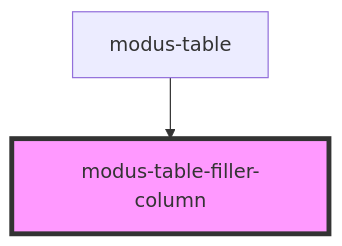
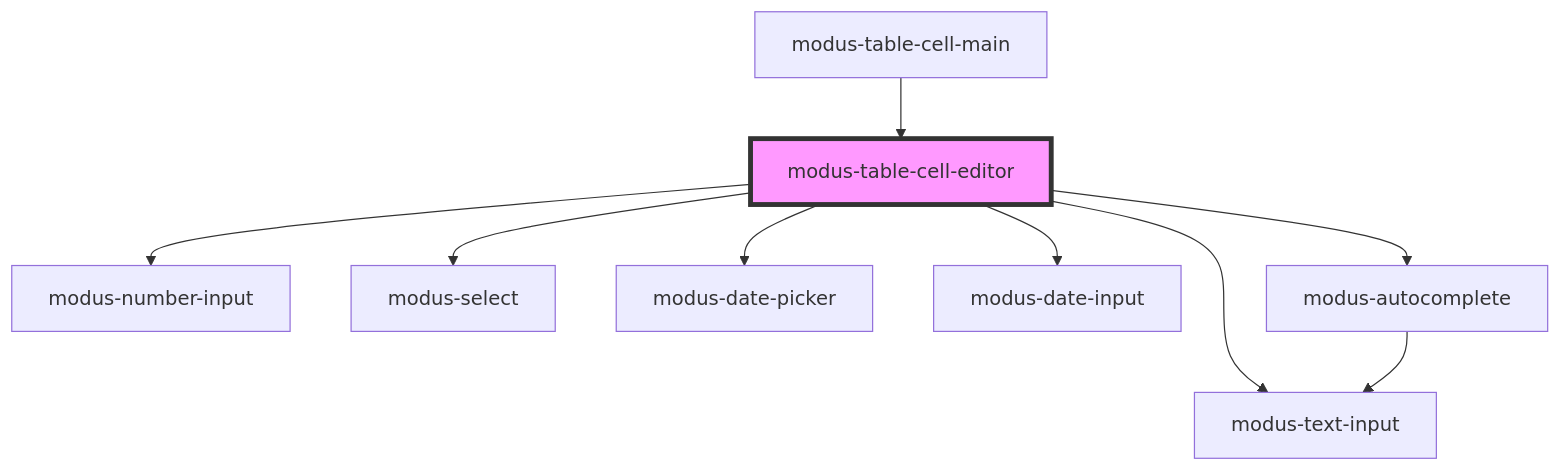
Before and after one commit to trimble-oss/modus-web-components: the diagram in stencil-workspace/src/components/modus-table/parts/cell/modus-table-cell-editor/readme.md, drawn with Mermaid. The commit also changed other lines of this file and 21 other files, not shown here.

````diff
--- a/stencil-workspace/src/components/modus-table/parts/cell/modus-table-cell-editor/readme.md
+++ b/stencil-workspace/src/components/modus-table/parts/cell/modus-table-cell-editor/readme.md
@@ -28,5 +34,12 @@
 ```mermaid
 graph TD;
-  modus-table --> modus-table-filler-column
-  style modus-table-filler-column fill:#f9f,stroke:#333,stroke-width:4px
+  modus-table-cell-editor --> modus-number-input
+  modus-table-cell-editor --> modus-text-input
+  modus-table-cell-editor --> modus-select
+  modus-table-cell-editor --> modus-date-picker
+  modus-table-cell-editor --> modus-date-input
+  modus-table-cell-editor --> modus-autocomplete
+  modus-autocomplete --> modus-text-input
+  modus-table-cell-main --> modus-table-cell-editor
+  style modus-table-cell-editor fill:#f9f,stroke:#333,stroke-width:4px
 ```
````
